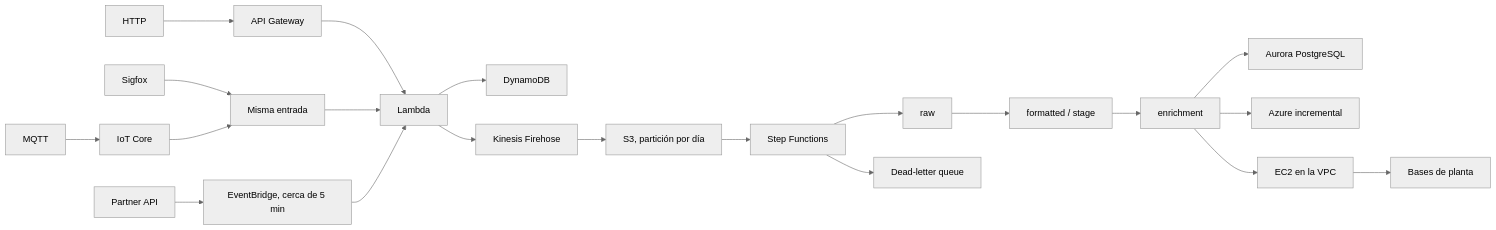
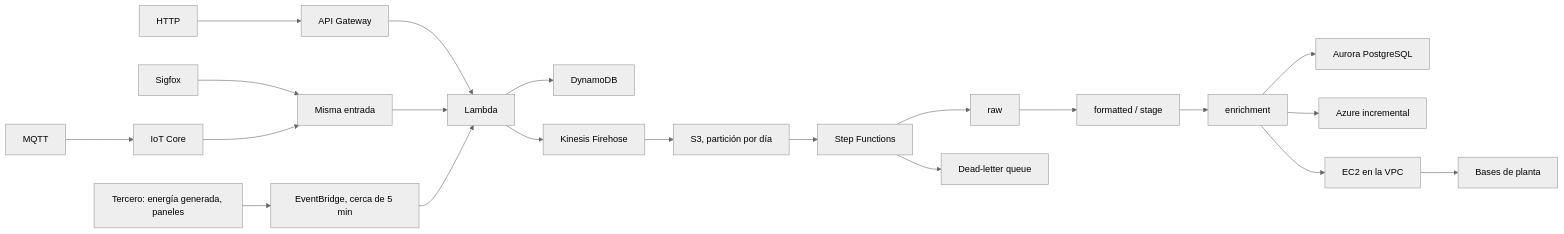
One commit to garicharo/serverless-iot-pipeline changed the third of 6 diagrams in README.md. Above: the diagram before and after it, drawn with Mermaid (neutral theme). The commit also changed other lines of this file and 2 other files, not shown here.

````diff
--- a/README.md
+++ b/README.md
@@ -111,23 +127,23 @@
 ```mermaid
 flowchart LR
   mqtt["MQTT"] --> iot["IoT Core"]
   sigfox["Sigfox"] --> door["Misma entrada"]
   http["HTTP"] --> apigw["API Gateway"]
   iot --> door
   apigw --> lambda["Lambda"]
   door --> lambda
-  partner["Partner API"] --> poll["EventBridge, cerca de 5 min"]
+  partner["Tercero: energía generada, paneles"] --> poll["EventBridge, cerca de 5 min"]
   poll --> lambda
   lambda --> dynamo["DynamoDB"]
   lambda --> firehose["Kinesis Firehose"]
   firehose --> s3["S3, partición por día"]
   s3 --> steps["Step Functions"]
   steps --> raw["raw"]
   raw --> stage["formatted / stage"]
   stage --> enrich["enrichment"]
   steps --> dlq["Dead-letter queue"]
   enrich --> aurora["Aurora PostgreSQL"]
   enrich --> azure["Azure incremental"]
   enrich --> ec2["EC2 en la VPC"]
   ec2 --> plant["Bases de planta"]
 ```
````
